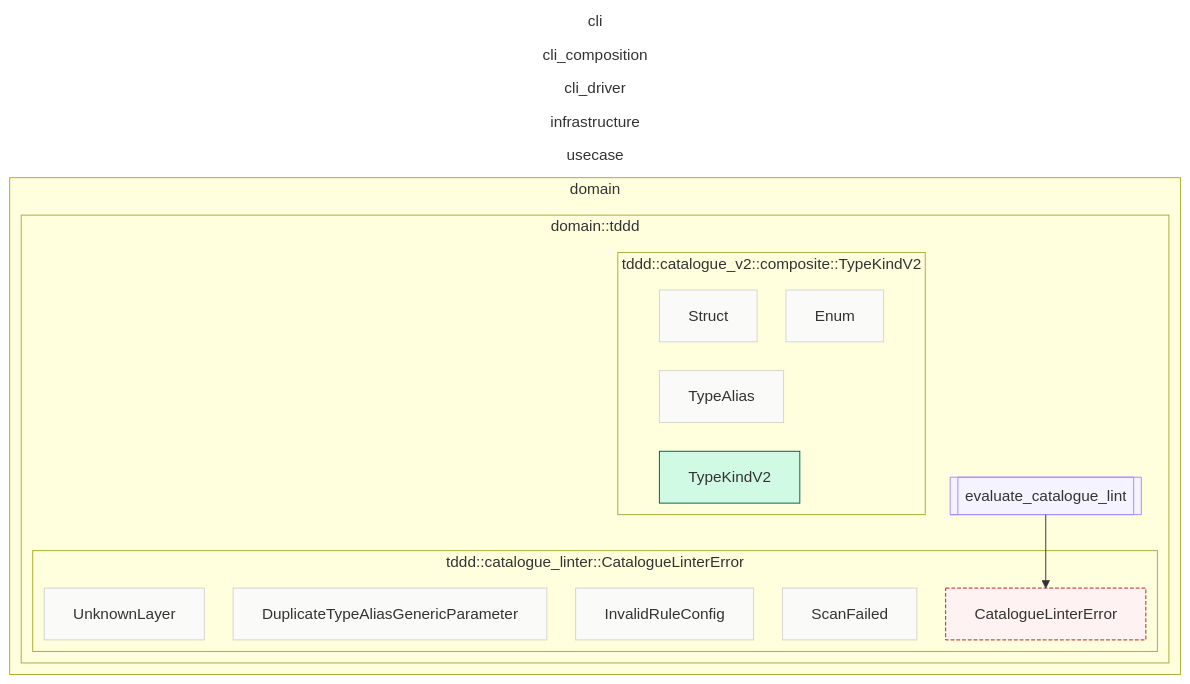
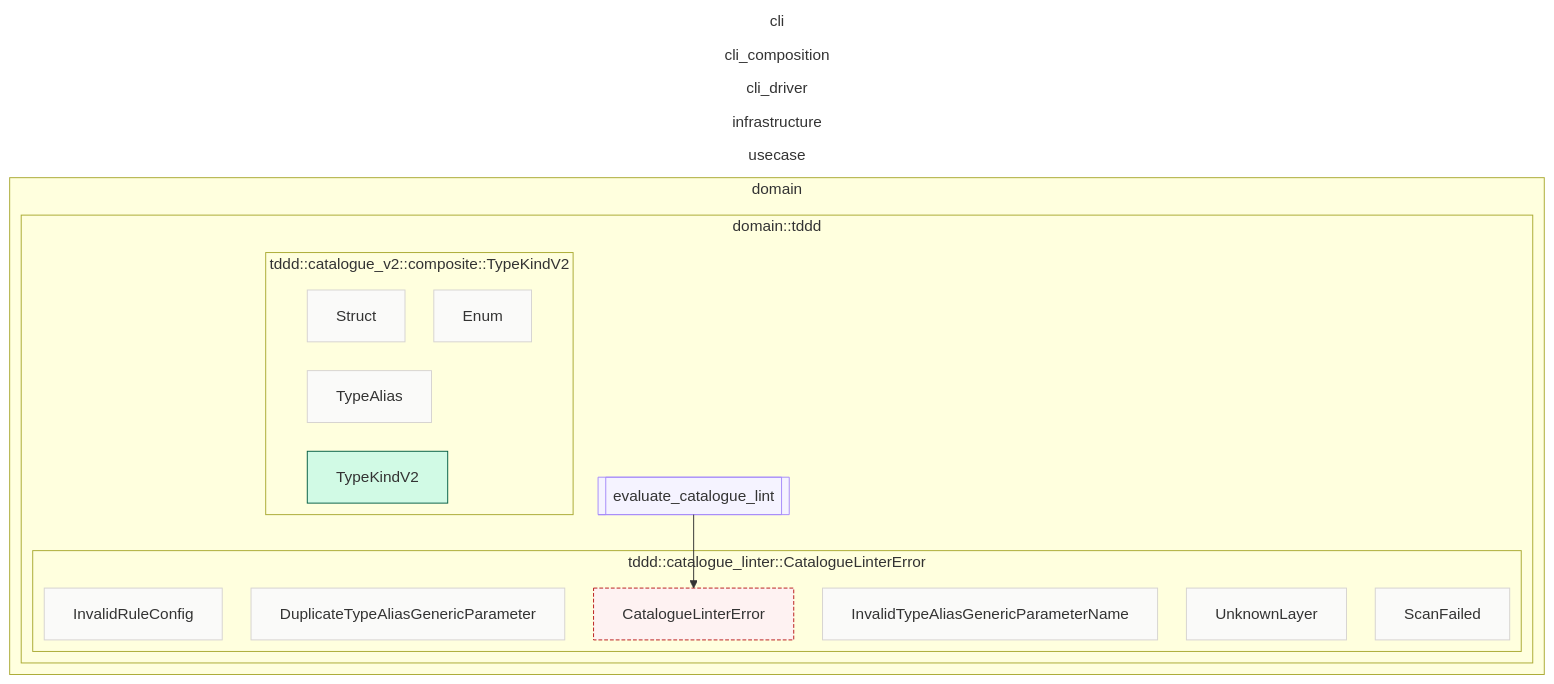
The diagram in track/items/2026-08-02-tddd-catalogue-generic-type-aliases/contract-map.md (Flip451/SoTOHE-core), drawn with Mermaid before and after one commit. The commit also changed 32 other files, not shown here.

```diff
--- a/track/items/2026-08-02-tddd-catalogue-generic-type-aliases/contract-map.md
+++ b/track/items/2026-08-02-tddd-catalogue-generic-type-aliases/contract-map.md
@@ -40,6 +40,7 @@
     direction TB
     T34_domain_domain_CatalogueLinterError__self[CatalogueLinterError]
     T34_domain_domain_CatalogueLinterError_DuplicateTypeAliasGenericParameter[DuplicateTypeAliasGenericParameter]
+    T34_domain_domain_CatalogueLinterError_InvalidTypeAliasGenericParameterName[InvalidTypeAliasGenericParameterName]
     T34_domain_domain_CatalogueLinterError_InvalidRuleConfig[InvalidRuleConfig]
     T34_domain_domain_CatalogueLinterError_UnknownLayer[UnknownLayer]
     T34_domain_domain_CatalogueLinterError_ScanFailed[ScanFailed]
@@ -71,6 +72,7 @@
 end
 F69_domain_domain_domain__tddd__catalogue_linter__evaluate_catalogue_lint --> T34_domain_domain_CatalogueLinterError__self
 class T34_domain_domain_CatalogueLinterError_DuplicateTypeAliasGenericParameter variant_node
+class T34_domain_domain_CatalogueLinterError_InvalidTypeAliasGenericParameterName variant_node
 class T34_domain_domain_CatalogueLinterError_InvalidRuleConfig variant_node
 class T34_domain_domain_CatalogueLinterError_UnknownLayer variant_node
 class T34_domain_domain_CatalogueLinterError_ScanFailed variant_node
```
